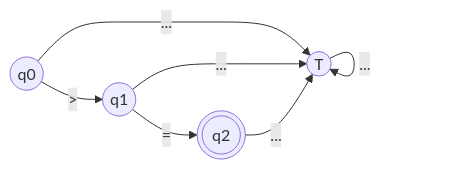
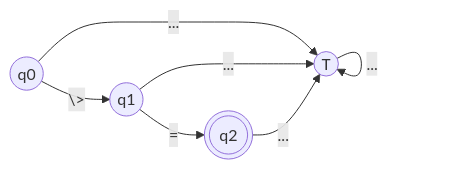
One commit to martinstanicio/tinylang changed diagram 31 of 34 in docs/regexp-afd.md. Above: the diagram before and after it, drawn with Mermaid. The commit also changed other lines of this file, not shown here.

Commit message:
escapar caracteres especiales en los diagramas de estado

````diff
--- a/docs/regexp-afd.md
+++ b/docs/regexp-afd.md
@@ -576,10 +576,10 @@
 ```mermaid
 flowchart LR
     q0(("q0"))
     q1(("q1"))
     q2((("q2")))
     T(("T"))
 
-    q0 -- ">" --> q1 -- "=" --> q2
+    q0 -- "\>" --> q1 -- "=" --> q2
     q0 & q1 & q2 & T -- "..." --> T
 ```
````
